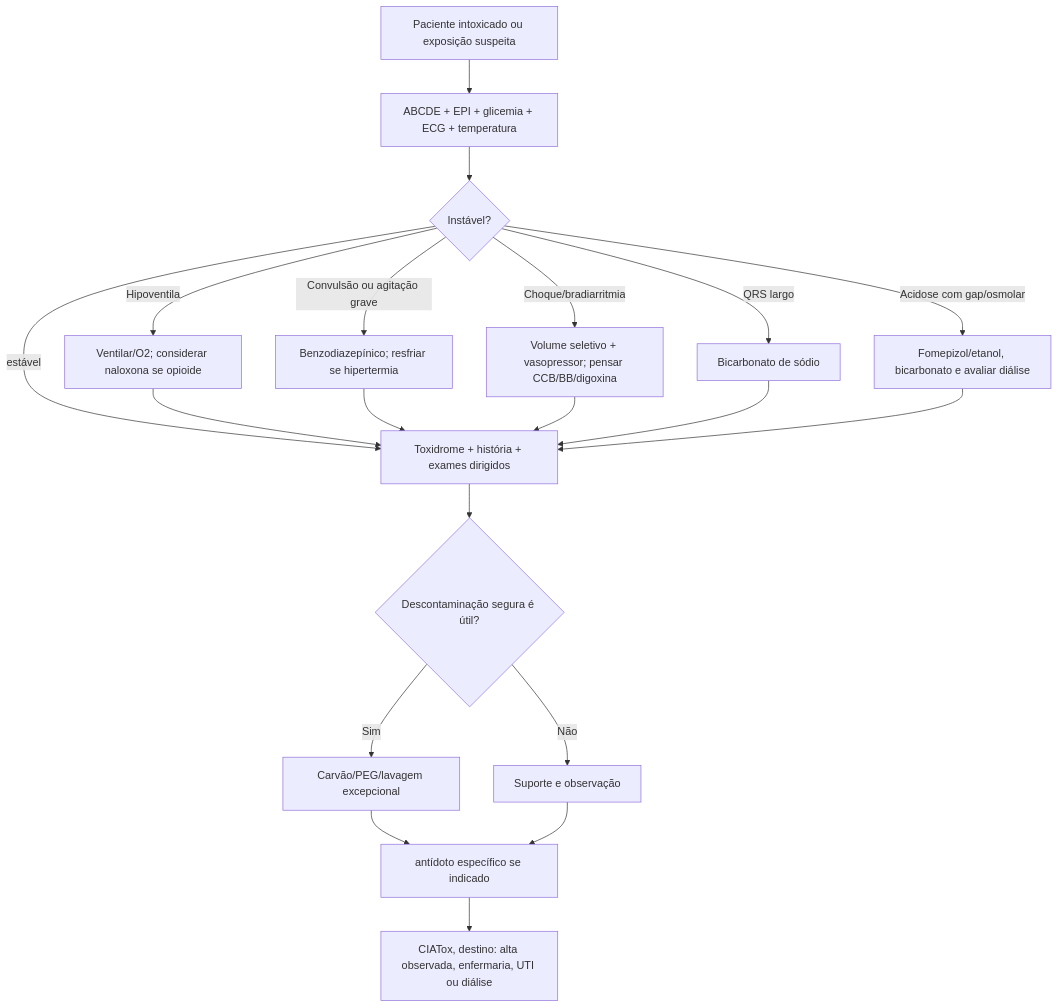
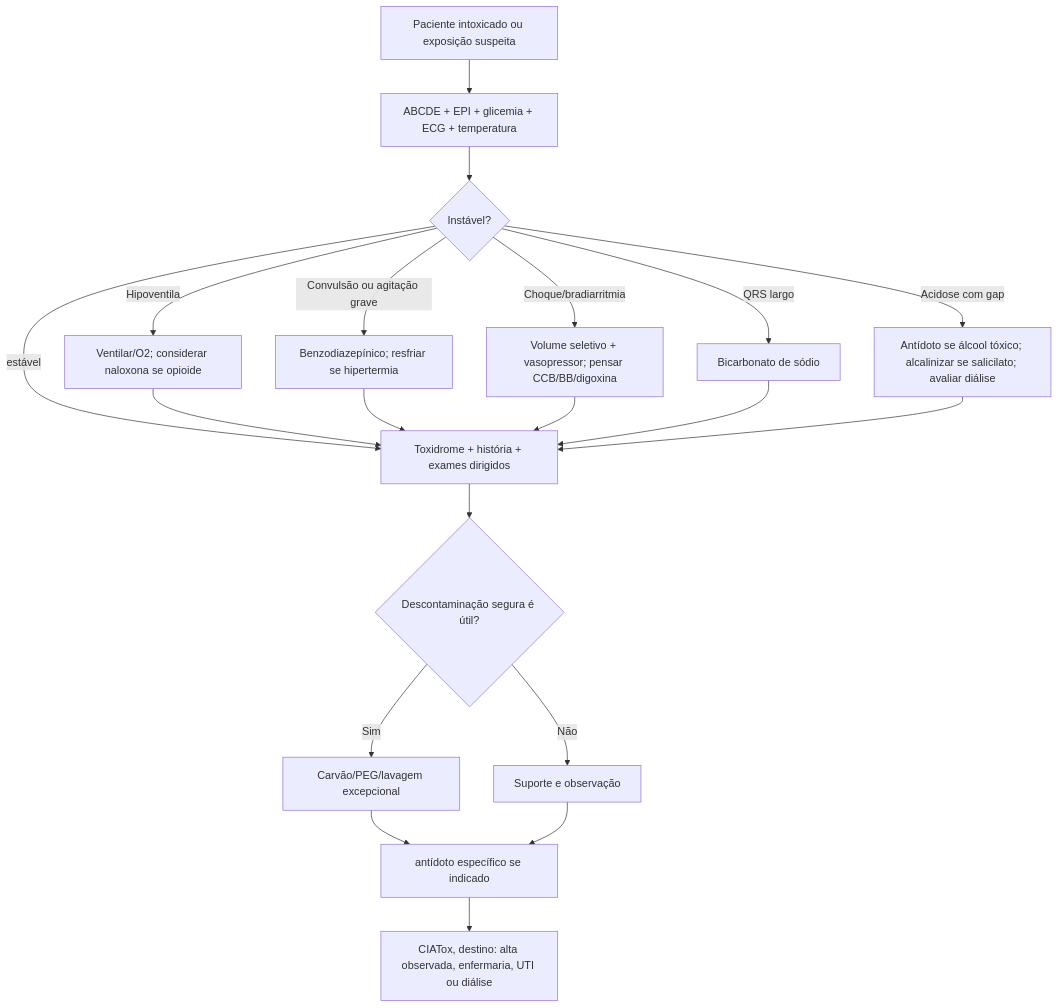
Before and after one commit to ThiagoPersona/emergencia26: the first of 2 diagrams in Intensivao/temas/008_toxicologia-animais-peconhentos.md, drawn with Mermaid. The commit also changed other lines of this file and 5 other files, not shown here.

````diff
--- a/Intensivao/temas/008_toxicologia-animais-peconhentos.md
+++ b/Intensivao/temas/008_toxicologia-animais-peconhentos.md
@@ -170,22 +182,22 @@
 ```mermaid
 flowchart TD
     A[Paciente intoxicado ou exposição suspeita] --> B[ABCDE + EPI + glicemia + ECG + temperatura]
     B --> C{Instável?}
     C -->|Hipoventila| D[Ventilar/O2; considerar naloxona se opioide]
     C -->|Convulsão ou agitação grave| E[Benzodiazepínico; resfriar se hipertermia]
     C -->|Choque/bradiarritmia| F[Volume seletivo + vasopressor; pensar CCB/BB/digoxina]
     C -->|QRS largo| G[Bicarbonato de sódio]
-    C -->|Acidose com gap/osmolar| H[Fomepizol/etanol, bicarbonato e avaliar diálise]
+    C -->|Acidose com gap| H[Antídoto se álcool tóxico; alcalinizar se salicilato; avaliar diálise]
     C -->|estável| I[Toxidrome + história + exames dirigidos]
     D --> I
     E --> I
     F --> I
     G --> I
     H --> I
     I --> J{Descontaminação segura é útil?}
     J -->|Sim| K[Carvão/PEG/lavagem excepcional]
     J -->|Não| L[Suporte e observação]
     K --> M[antídoto específico se indicado]
     L --> M
     M --> N[CIATox, destino: alta observada, enfermaria, UTI ou diálise]
 ```
````
